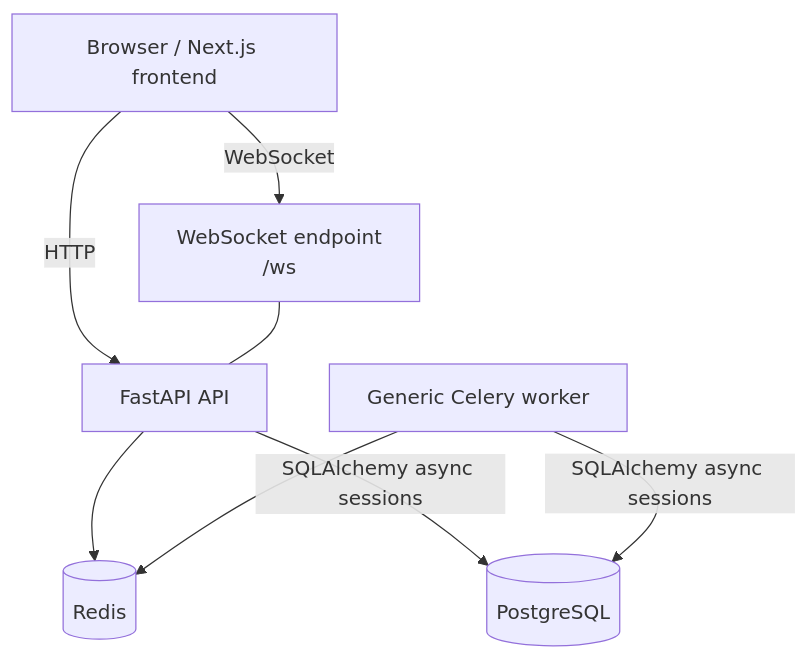
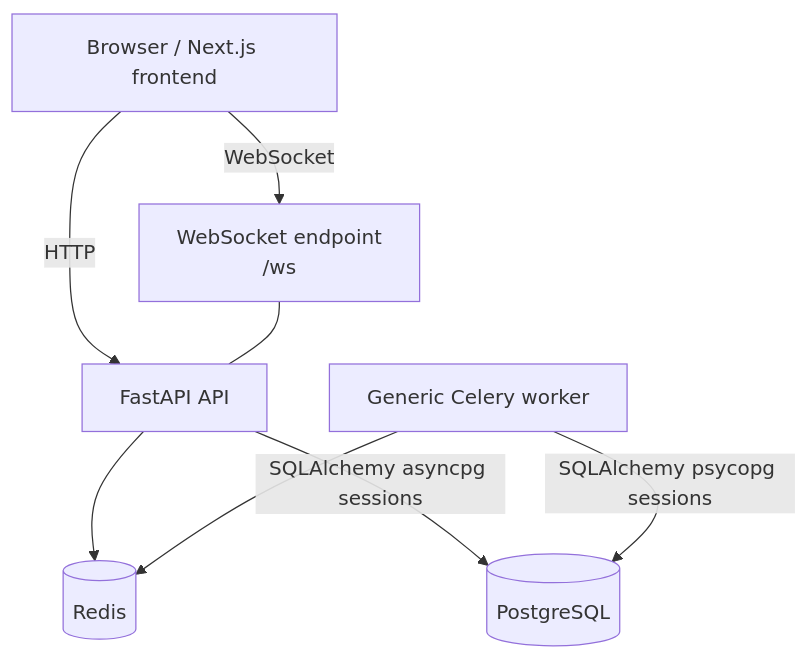
One commit to rileyrushton05/floorsync changed the diagram in docs/architecture.md. Above: the diagram before and after it, drawn with Mermaid. The commit also changed other lines of this file and 9 other files, not shown here.

Commit message:
feat(worker): add process-safe database sessions

````diff
--- a/docs/architecture.md
+++ b/docs/architecture.md
@@ -9,17 +9,17 @@
 ```mermaid
 flowchart TB
     browser["Browser / Next.js frontend"]
     api["FastAPI API"]
     ws["WebSocket endpoint\n/ws"]
     worker["Generic Celery worker"]
     redis[("Redis")]
     postgres[("PostgreSQL")]
 
     browser -->|"HTTP"| api
     browser -->|"WebSocket"| ws
     ws --- api
     api --> redis
     worker --> redis
-    api -->|"SQLAlchemy async sessions"| postgres
-    worker -->|"SQLAlchemy async sessions"| postgres
+    api -->|"SQLAlchemy asyncpg sessions"| postgres
+    worker -->|"SQLAlchemy psycopg sessions"| postgres
 ```
````
